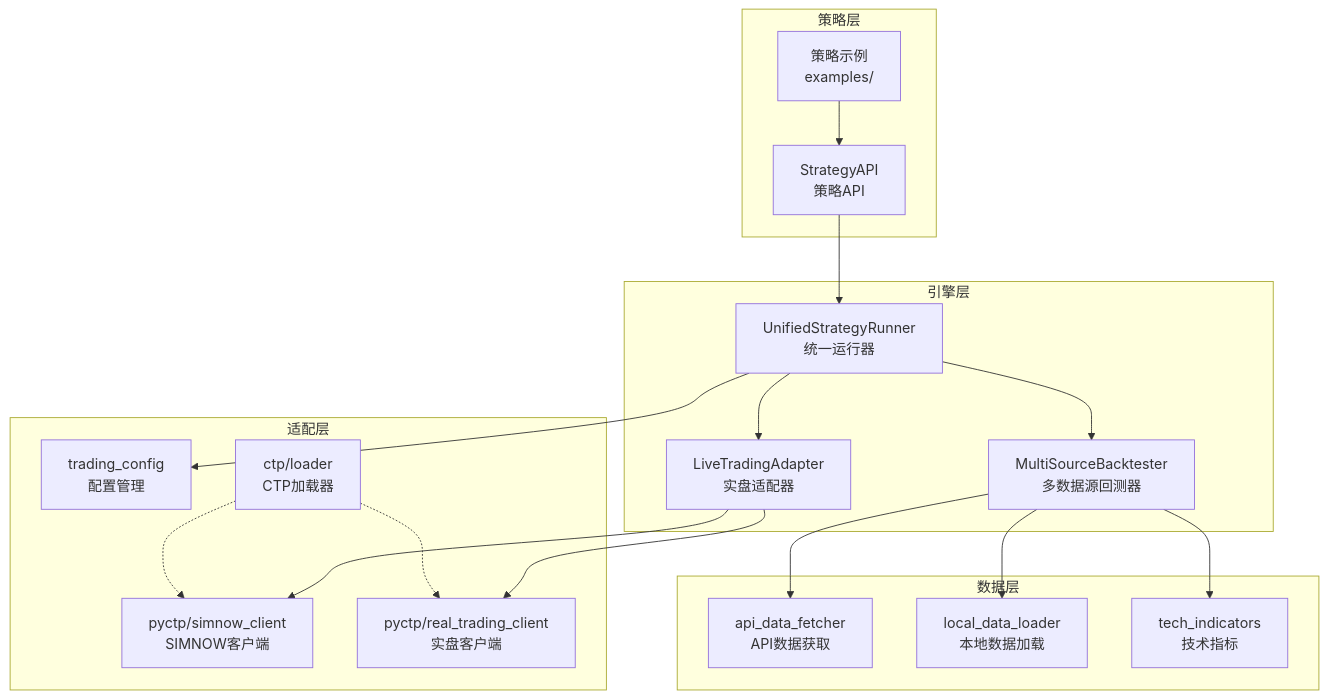
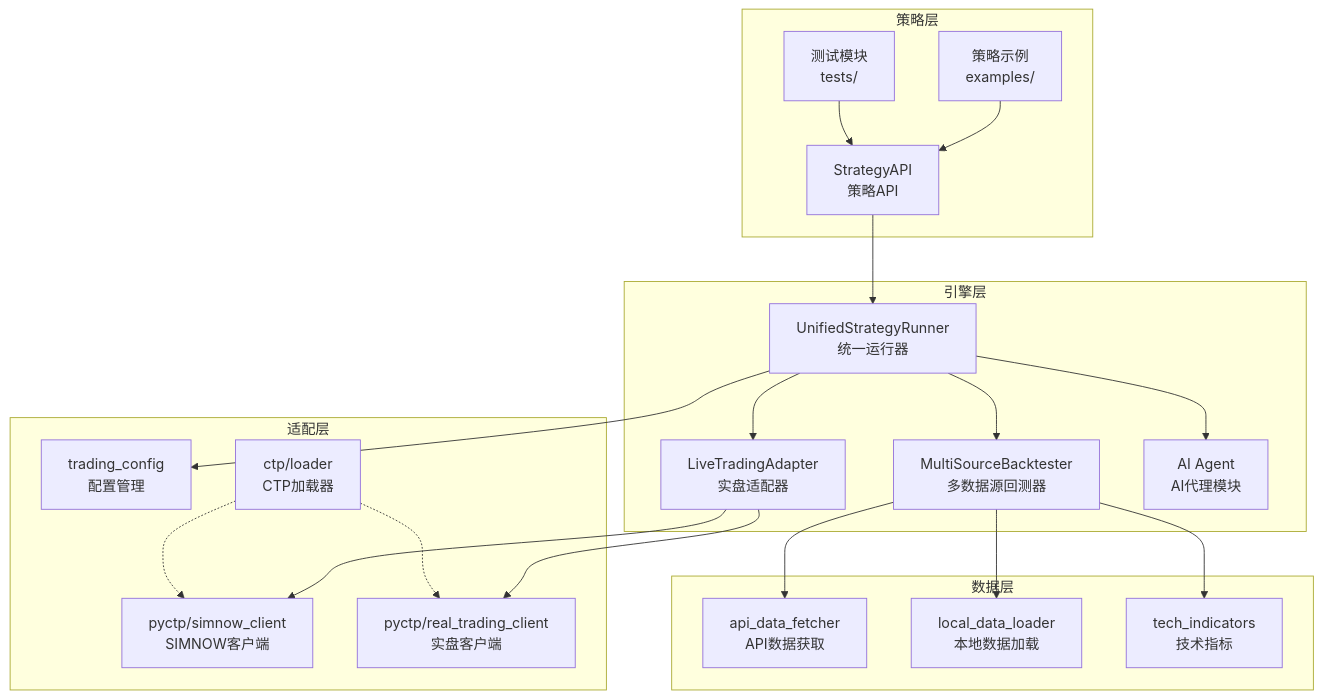
One commit to maxtwoon/ssquant changed the first of 9 diagrams in .qoder/repowiki/zh/content/项目概述/项目结构.md. Above: the diagram before and after it, drawn with Mermaid. The commit also changed other lines of this file and 21 other files, not shown here.

````diff
--- a/.qoder/repowiki/zh/content/项目概述/项目结构.md
+++ b/.qoder/repowiki/zh/content/项目概述/项目结构.md
@@ -49,35 +65,39 @@
 ```mermaid
 graph TB
 subgraph "策略层"
 API["StrategyAPI<br/>策略API"]
 Examples["策略示例<br/>examples/"]
+Tests["测试模块<br/>tests/"]
 end
 subgraph "引擎层"
 Runner["UnifiedStrategyRunner<br/>统一运行器"]
 Backtest["MultiSourceBacktester<br/>多数据源回测器"]
 LiveAdapter["LiveTradingAdapter<br/>实盘适配器"]
+AI["AI Agent<br/>AI代理模块"]
 end
 subgraph "数据层"
 DataAPI["api_data_fetcher<br/>API数据获取"]
 LocalLoader["local_data_loader<br/>本地数据加载"]
 Indicators["tech_indicators<br/>技术指标"]
 end
 subgraph "适配层"
 Config["trading_config<br/>配置管理"]
 CTP["ctp/loader<br/>CTP加载器"]
 SIMNOW["pyctp/simnow_client<br/>SIMNOW客户端"]
 Real["pyctp/real_trading_client<br/>实盘客户端"]
 end
 API --> Runner
 Runner --> Backtest
 Runner --> LiveAdapter
+Runner --> AI
 Backtest --> DataAPI
 Backtest --> LocalLoader
 Backtest --> Indicators
 LiveAdapter --> SIMNOW
 LiveAdapter --> Real
 Runner --> Config
 CTP -.-> SIMNOW
 CTP -.-> Real
 Examples --> API
+Tests --> API
 ```
````
